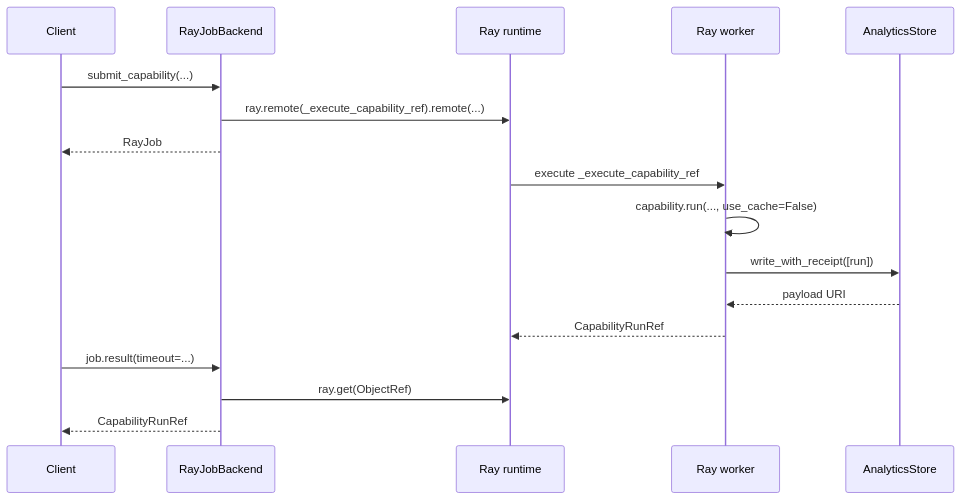
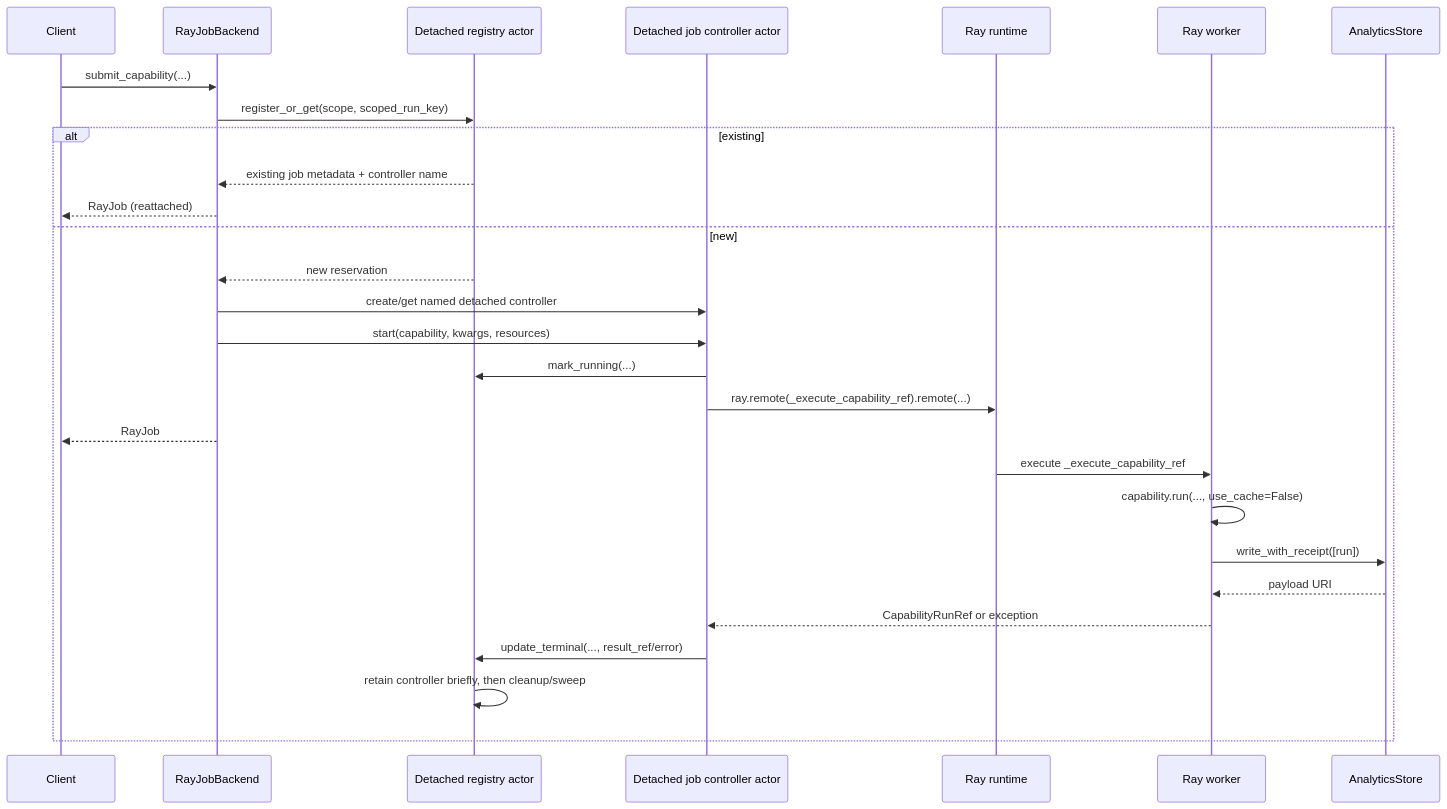
The diagram in docs/development/job_submission/ray_job_backend.md (openteams-ai/checkmaite), drawn with Mermaid before and after one commit. The commit also changed other lines of this file and 36 other files, not shown here.

Commit message:
Add Ray backend for job submission (!646)

````diff
--- a/docs/development/job_submission/ray_job_backend.md
+++ b/docs/development/job_submission/ray_job_backend.md
@@ -49,20 +36,31 @@
 ```mermaid
 sequenceDiagram
     participant Client
     participant JobBackend as RayJobBackend
+    participant Registry as Detached registry actor
+    participant Controller as Detached job controller actor
     participant Ray as Ray runtime
     participant Worker as Ray worker
     participant Store as AnalyticsStore
 
     Client->>JobBackend: submit_capability(...)
-    JobBackend->>Ray: ray.remote(_execute_capability_ref).remote(...)
-    JobBackend-->>Client: RayJob
-    Ray->>Worker: execute _execute_capability_ref
-    Worker->>Worker: capability.run(..., use_cache=False)
-    Worker->>Store: write_with_receipt([run])
-    Store-->>Worker: payload URI
-    Worker-->>Ray: CapabilityRunRef
-    Client->>JobBackend: job.result(timeout=...)
-    JobBackend->>Ray: ray.get(ObjectRef)
-    JobBackend-->>Client: CapabilityRunRef
+    JobBackend->>Registry: register_or_get(scope, scoped_run_key)
+    alt existing
+        Registry-->>JobBackend: existing job metadata + controller name
+        JobBackend-->>Client: RayJob (reattached)
+    else new
+        Registry-->>JobBackend: new reservation
+        JobBackend->>Controller: create/get named detached controller
+        JobBackend->>Controller: start(capability, kwargs, resources)
+        Controller->>Registry: mark_running(...)
+        Controller->>Ray: ray.remote(_execute_capability_ref).remote(...)
+        JobBackend-->>Client: RayJob
+        Ray->>Worker: execute _execute_capability_ref
+        Worker->>Worker: capability.run(..., use_cache=False)
+        Worker->>Store: write_with_receipt([run])
+        Store-->>Worker: payload URI
+        Worker-->>Controller: CapabilityRunRef or exception
+        Controller->>Registry: update_terminal(..., result_ref/error)
+        Registry->>Registry: retain controller briefly, then cleanup/sweep
+    end
 ```
````
